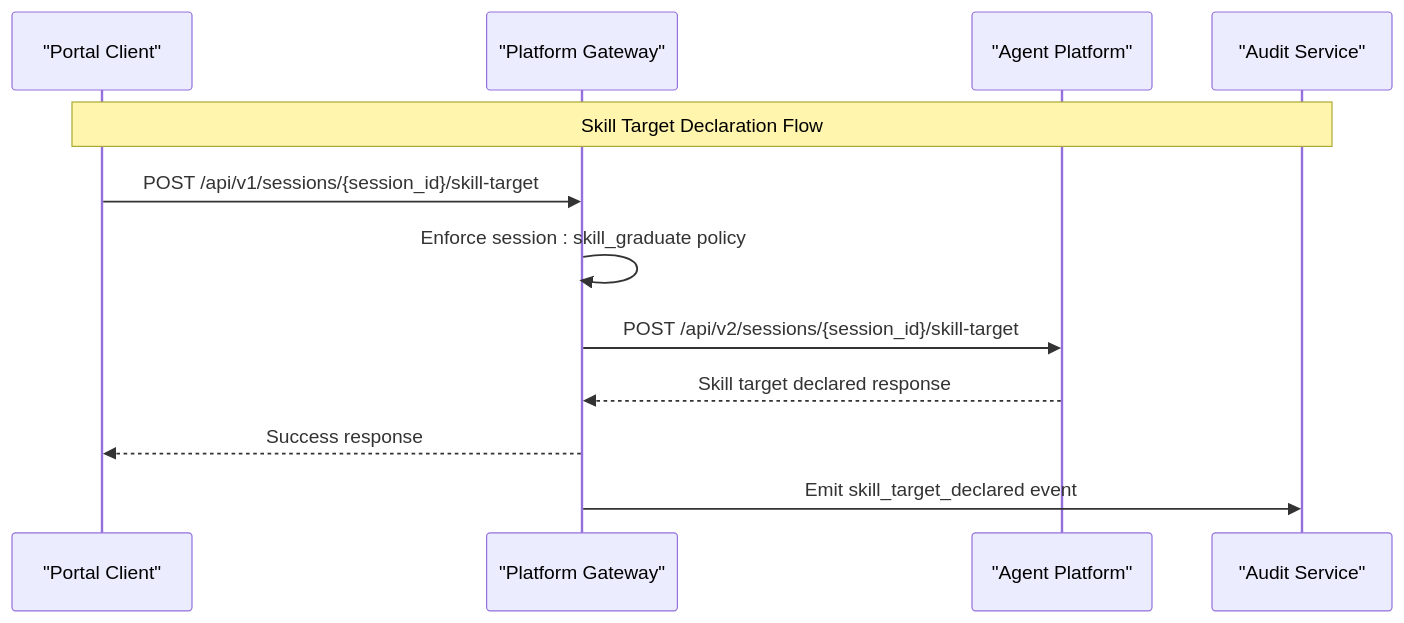
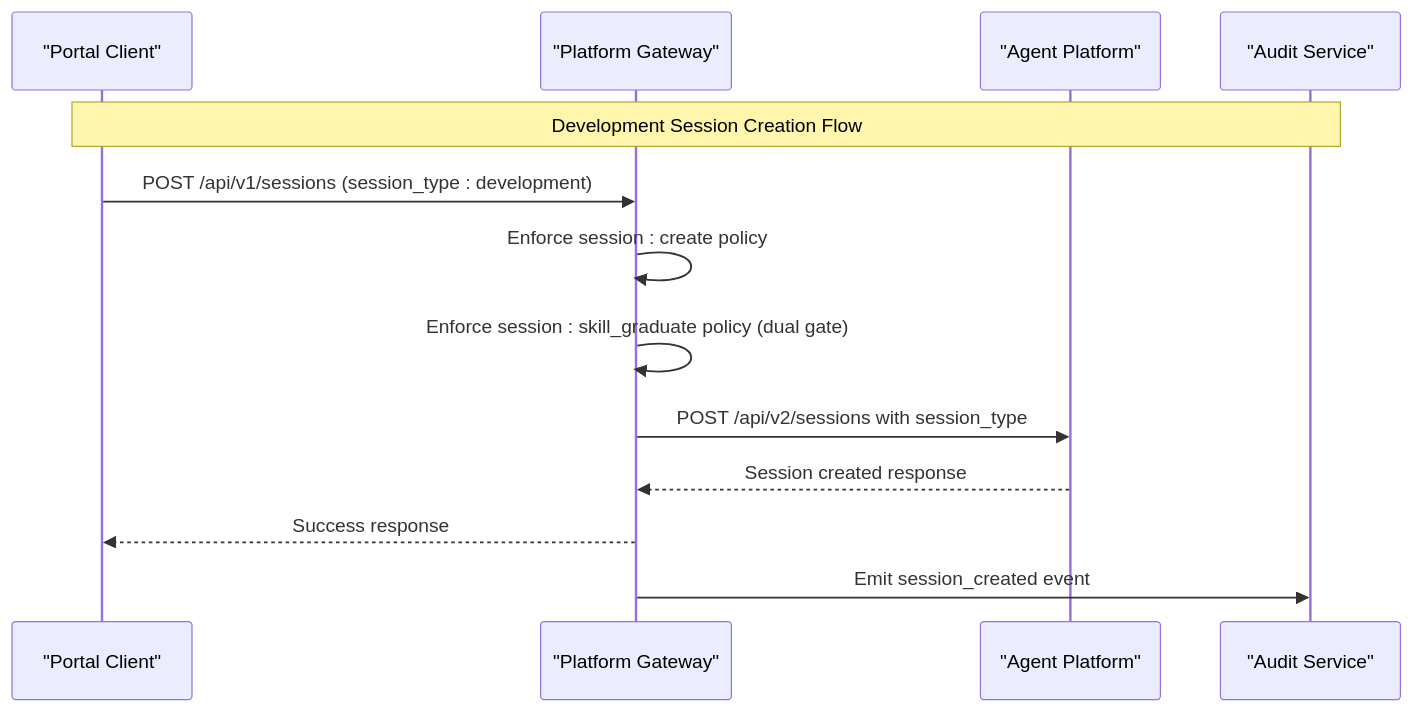
Before and after one commit to metasync/luban-aiops: the second of 21 diagrams in .qoder/repowiki/en/content/Architecture Documentation/Platform Gateway Service.md, drawn with Mermaid. The commit also changed other lines of this file and 6 other files, not shown here.

````diff
--- a/.qoder/repowiki/en/content/Architecture Documentation/Platform Gateway Service.md
+++ b/.qoder/repowiki/en/content/Architecture Documentation/Platform Gateway Service.md
@@ -278,14 +282,15 @@
 ```mermaid
 sequenceDiagram
 participant Portal as "Portal Client"
 participant GW as "Platform Gateway"
 participant AG as "Agent Platform"
 participant AUD as "Audit Service"
-Note over Portal,AUD : Skill Target Declaration Flow
-Portal->>GW : POST /api/v1/sessions/{session_id}/skill-target
-GW->>GW : Enforce session : skill_graduate policy
-GW->>AG : POST /api/v2/sessions/{session_id}/skill-target
-AG-->>GW : Skill target declared response
+Note over Portal,AUD : Development Session Creation Flow
+Portal->>GW : POST /api/v1/sessions (session_type : development)
+GW->>GW : Enforce session : create policy
+GW->>GW : Enforce session : skill_graduate policy (dual gate)
+GW->>AG : POST /api/v2/sessions with session_type
+AG-->>GW : Session created response
 GW-->>Portal : Success response
-GW->>AUD : Emit skill_target_declared event
+GW->>AUD : Emit session_created event
 ```
````
